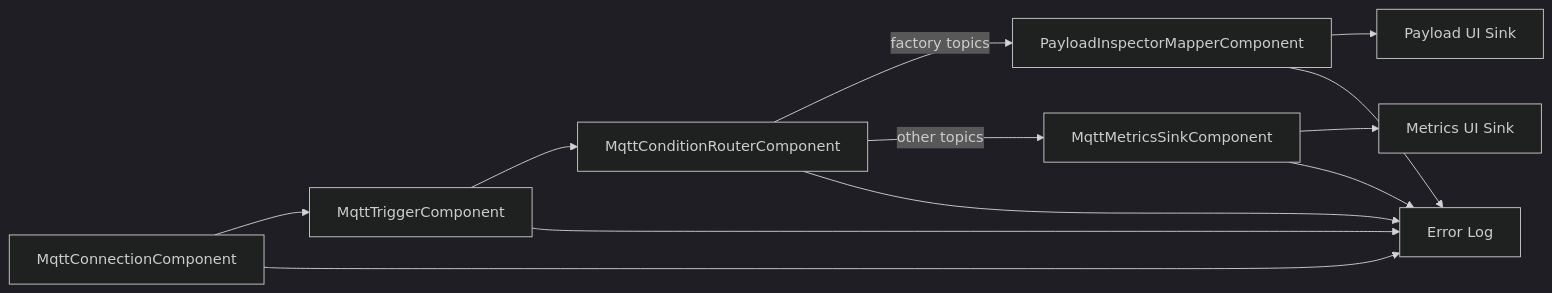
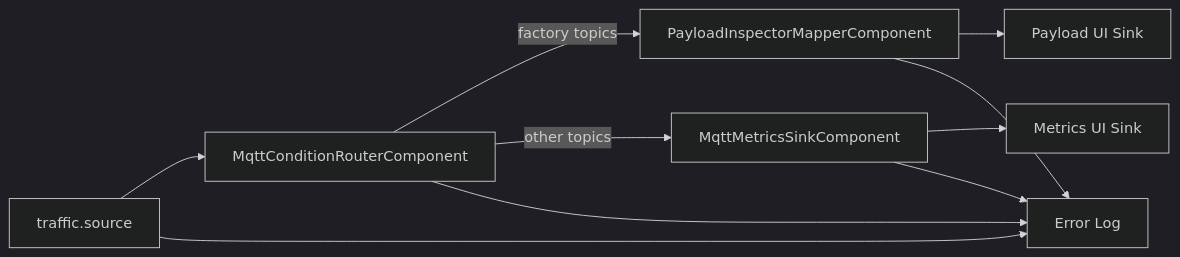
One commit to araxis/FluxMq changed diagram 15 of 17 in docs/flow-components.md. Above: the diagram before and after it, drawn with Mermaid (dark theme). The commit also changed other lines of this file and 13 other files, not shown here.

````diff
--- a/docs/flow-components.md
+++ b/docs/flow-components.md
@@ -508,14 +575,12 @@
 ```mermaid
 flowchart LR
-    Connection["MqttConnectionComponent"] --> Trigger["MqttTriggerComponent"]
-    Trigger --> Router["MqttConditionRouterComponent"]
+    Source["traffic.source"] --> Router["MqttConditionRouterComponent"]
     Router -->|factory topics| Inspector["PayloadInspectorMapperComponent"]
     Router -->|other topics| Metrics["MqttMetricsSinkComponent"]
     Inspector --> Ui["Payload UI Sink"]
     Metrics --> MetricsUi["Metrics UI Sink"]
-    Connection --> ErrorLog["Error Log"]
-    Trigger --> ErrorLog
+    Source --> ErrorLog["Error Log"]
     Router --> ErrorLog
     Inspector --> ErrorLog
     Metrics --> ErrorLog
 ```
````
